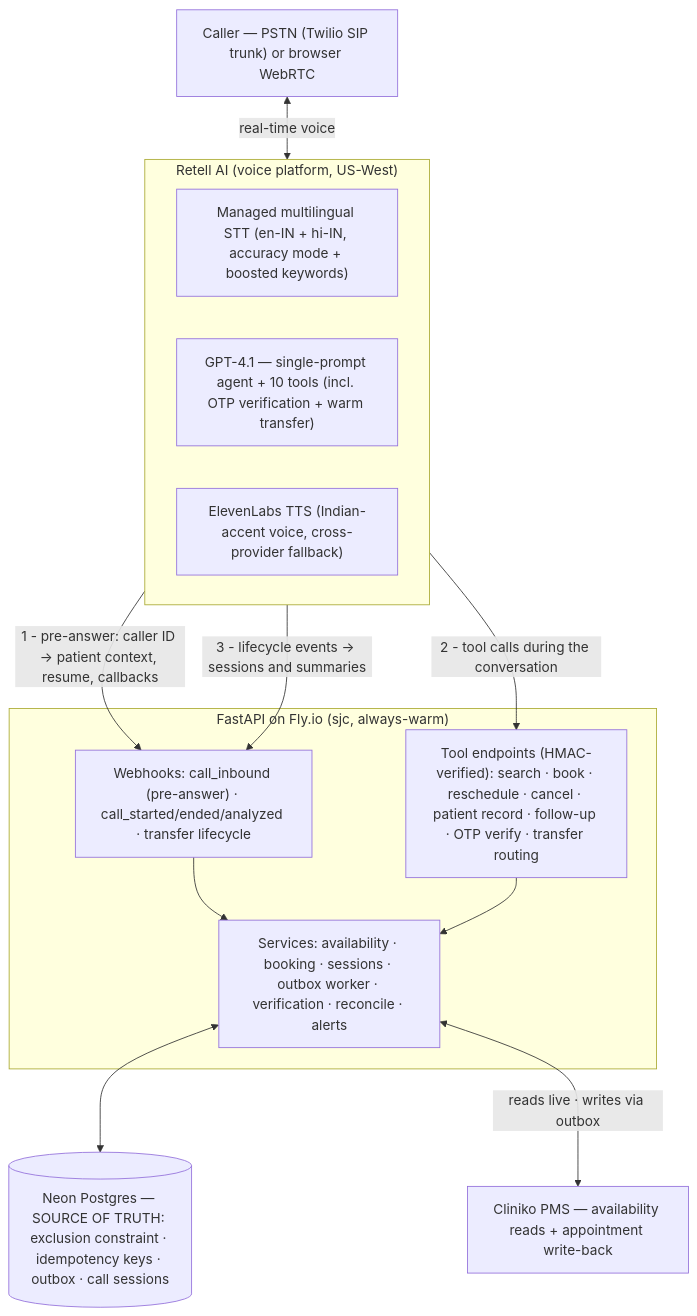
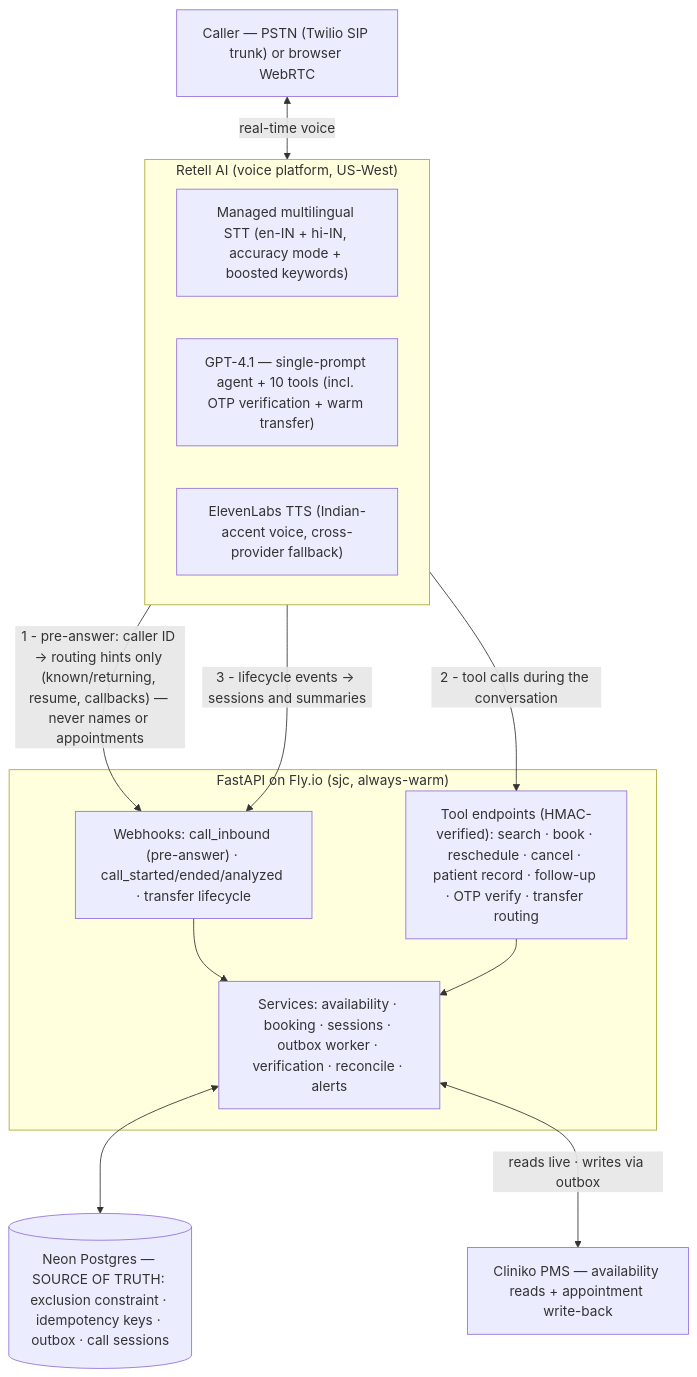
Before and after one commit to amit-badave-04/clinic-voice-agent: the first of 3 diagrams in README.md, drawn with Mermaid. The commit also changed other lines of this file and 27 other files, not shown here.

````diff
--- a/README.md
+++ b/README.md
@@ -91,28 +98,28 @@
 ```mermaid
 flowchart TB
     Caller["Caller — PSTN (Twilio SIP trunk) or browser WebRTC"]
 
     subgraph Retell["Retell AI (voice platform, US-West)"]
         STT["Managed multilingual STT (en-IN + hi-IN, accuracy mode + boosted keywords)"]
         LLM["GPT-4.1 — single-prompt agent + 10 tools (incl. OTP verification + warm transfer)"]
         TTS["ElevenLabs TTS (Indian-accent voice, cross-provider fallback)"]
     end
 
     subgraph Backend["FastAPI on Fly.io (sjc, always-warm)"]
         WH["Webhooks: call_inbound (pre-answer) · call_started/ended/analyzed · transfer lifecycle"]
         Tools["Tool endpoints (HMAC-verified): search · book · reschedule · cancel · patient record · follow-up · OTP verify · transfer routing"]
         SVC["Services: availability · booking · sessions · outbox worker · verification · reconcile · alerts"]
     end
 
     DB[("Neon Postgres — SOURCE OF TRUTH: exclusion constraint · idempotency keys · outbox · call sessions")]
     PMS["Cliniko PMS — availability reads + appointment write-back"]
 
     Caller <-->|"real-time voice"| Retell
-    Retell -->|"1 - pre-answer: caller ID → patient context, resume, callbacks"| WH
+    Retell -->|"1 - pre-answer: caller ID → routing hints only (known/returning, resume, callbacks) — never names or appointments"| WH
     Retell -->|"2 - tool calls during the conversation"| Tools
     Retell -->|"3 - lifecycle events → sessions and summaries"| WH
     WH --> SVC
     Tools --> SVC
     SVC <--> DB
     SVC <-->|"reads live · writes via outbox"| PMS
 ```
````
